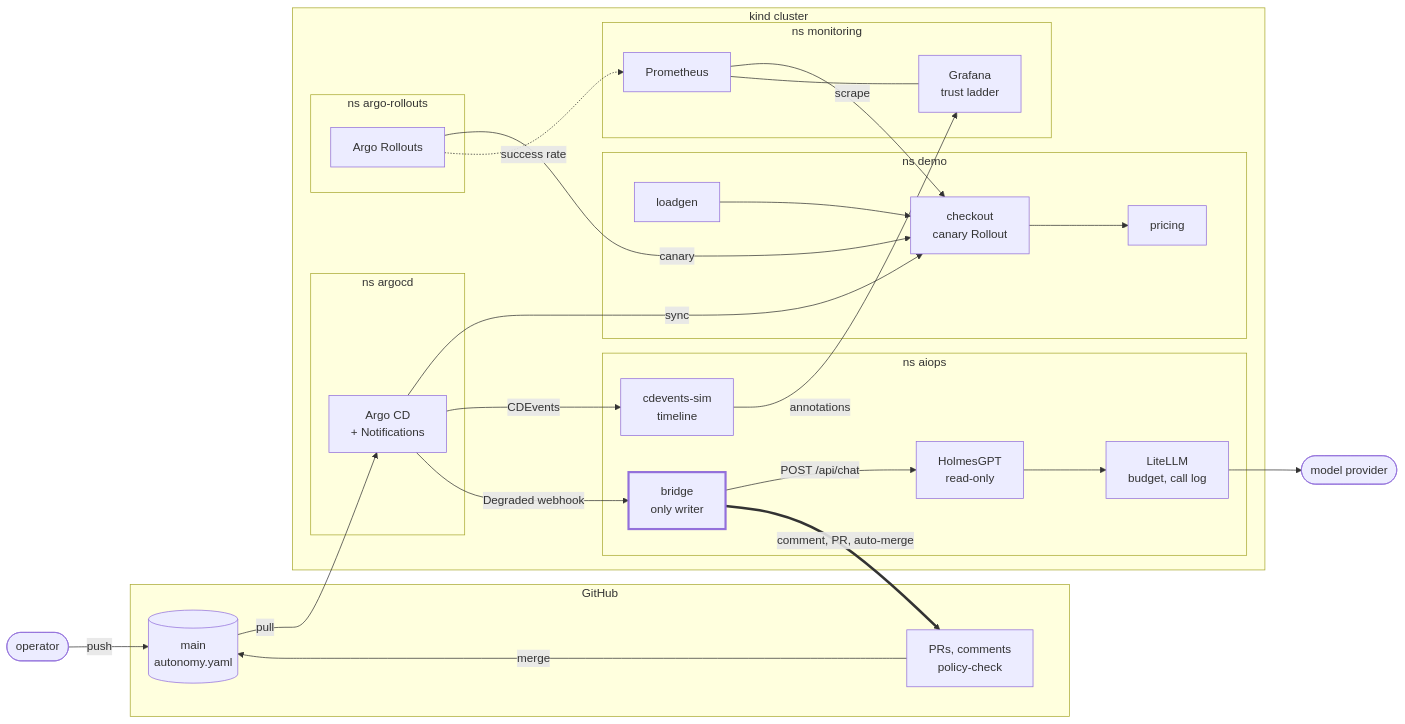
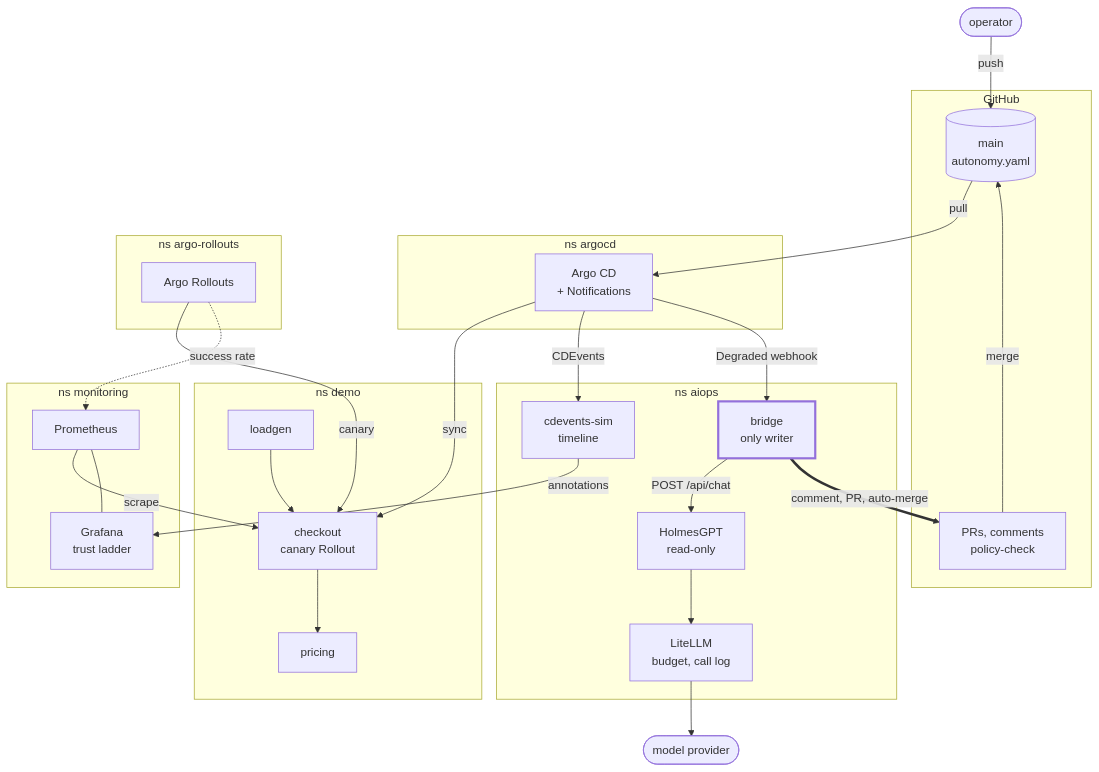
The first of 2 diagrams in README.md (argo-multiverse-labs/argoconna26), drawn with Mermaid before and after one commit.

Commit message:
docs(readme): components diagram top to bottom, no outer cluster box

````diff
--- a/README.md
+++ b/README.md
@@ -109,54 +109,52 @@
 ```mermaid
-flowchart LR
+flowchart TB
   op(["operator"])
 
   subgraph gh["GitHub"]
     repo[("main<br/>autonomy.yaml")]
     prs["PRs, comments<br/>policy-check"]
   end
 
-  subgraph kind["kind cluster"]
-    subgraph ns_argocd["ns argocd"]
-      acd["Argo CD<br/>+ Notifications"]
-    end
-    subgraph ns_demo["ns demo"]
-      checkout["checkout<br/>canary Rollout"]
-      pricing["pricing"]
-      loadgen["loadgen"]
-    end
-    subgraph ns_rollouts["ns argo-rollouts"]
-      ro["Argo Rollouts"]
-    end
-    subgraph ns_monitoring["ns monitoring"]
-      prom["Prometheus"]
-      graf["Grafana<br/>trust ladder"]
-    end
-    subgraph ns_aiops["ns aiops"]
-      bridge["bridge<br/>only writer"]
-      holmes["HolmesGPT<br/>read-only"]
-      llm["LiteLLM<br/>budget, call log"]
-      sim["cdevents-sim<br/>timeline"]
-    end
+  subgraph ns_argocd["ns argocd"]
+    acd["Argo CD<br/>+ Notifications"]
+  end
+  subgraph ns_demo["ns demo"]
+    checkout["checkout<br/>canary Rollout"]
+    pricing["pricing"]
+    loadgen["loadgen"]
+  end
+  subgraph ns_rollouts["ns argo-rollouts"]
+    ro["Argo Rollouts"]
+  end
+  subgraph ns_monitoring["ns monitoring"]
+    prom["Prometheus"]
+    graf["Grafana<br/>trust ladder"]
+  end
+  subgraph ns_aiops["ns aiops"]
+    bridge["bridge<br/>only writer"]
+    holmes["HolmesGPT<br/>read-only"]
+    llm["LiteLLM<br/>budget, call log"]
+    sim["cdevents-sim<br/>timeline"]
   end
 
   model(["model provider"])
 
   op -->|push| repo
   prs -->|merge| repo
   repo -->|pull| acd
   acd -->|sync| checkout
   loadgen --> checkout --> pricing
   ro -->|canary| checkout
   ro -.->|success rate| prom
   prom -->|scrape| checkout
   prom --- graf
   acd -->|CDEvents| sim
   sim -->|annotations| graf
   acd -->|Degraded webhook| bridge
   bridge -->|POST /api/chat| holmes
   holmes --> llm --> model
   bridge ==>|comment, PR, auto-merge| prs
 
   classDef writer stroke-width:3px
   class bridge writer
 ```
````
